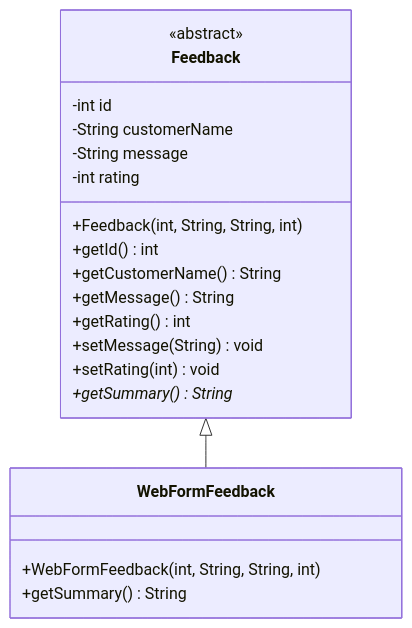
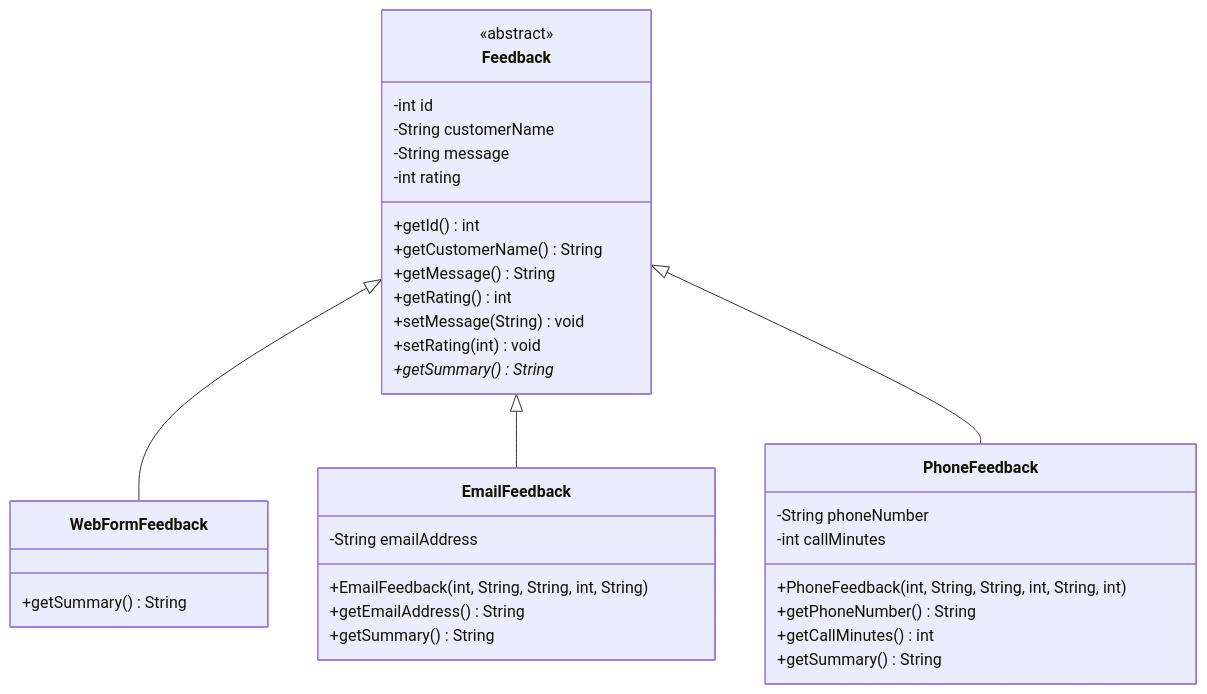
One commit to CodelineAtyab/RedStackExperimentProject changed the diagram in experiments_area/from_almuatsam/FeedbackAbstraction/UML.md. Above: the diagram before and after it, drawn with Mermaid. The commit also changed 4 other files, not shown here.

````diff
--- a/experiments_area/from_almuatsam/FeedbackAbstraction/UML.md
+++ b/experiments_area/from_almuatsam/FeedbackAbstraction/UML.md
@@ -3,25 +3,41 @@
 ```mermaid
 classDiagram
     class Feedback {
         <<abstract>>
         -int id
         -String customerName
         -String message
         -int rating
-        +Feedback(int, String, String, int)
         +getId() int
         +getCustomerName() String
         +getMessage() String
         +getRating() int
         +setMessage(String) void
         +setRating(int) void
         +getSummary() String*
     }
 
     class WebFormFeedback {
-        +WebFormFeedback(int, String, String, int)
+        +getSummary() String
+    }
+
+    class EmailFeedback {
+        -String emailAddress
+        +EmailFeedback(int, String, String, int, String)
+        +getEmailAddress() String
+        +getSummary() String
+    }
+
+    class PhoneFeedback {
+        -String phoneNumber
+        -int callMinutes
+        +PhoneFeedback(int, String, String, int, String, int)
+        +getPhoneNumber() String
+        +getCallMinutes() int
         +getSummary() String
     }
 
     Feedback <|-- WebFormFeedback
+    Feedback <|-- EmailFeedback
+    Feedback <|-- PhoneFeedback
 ```
````
